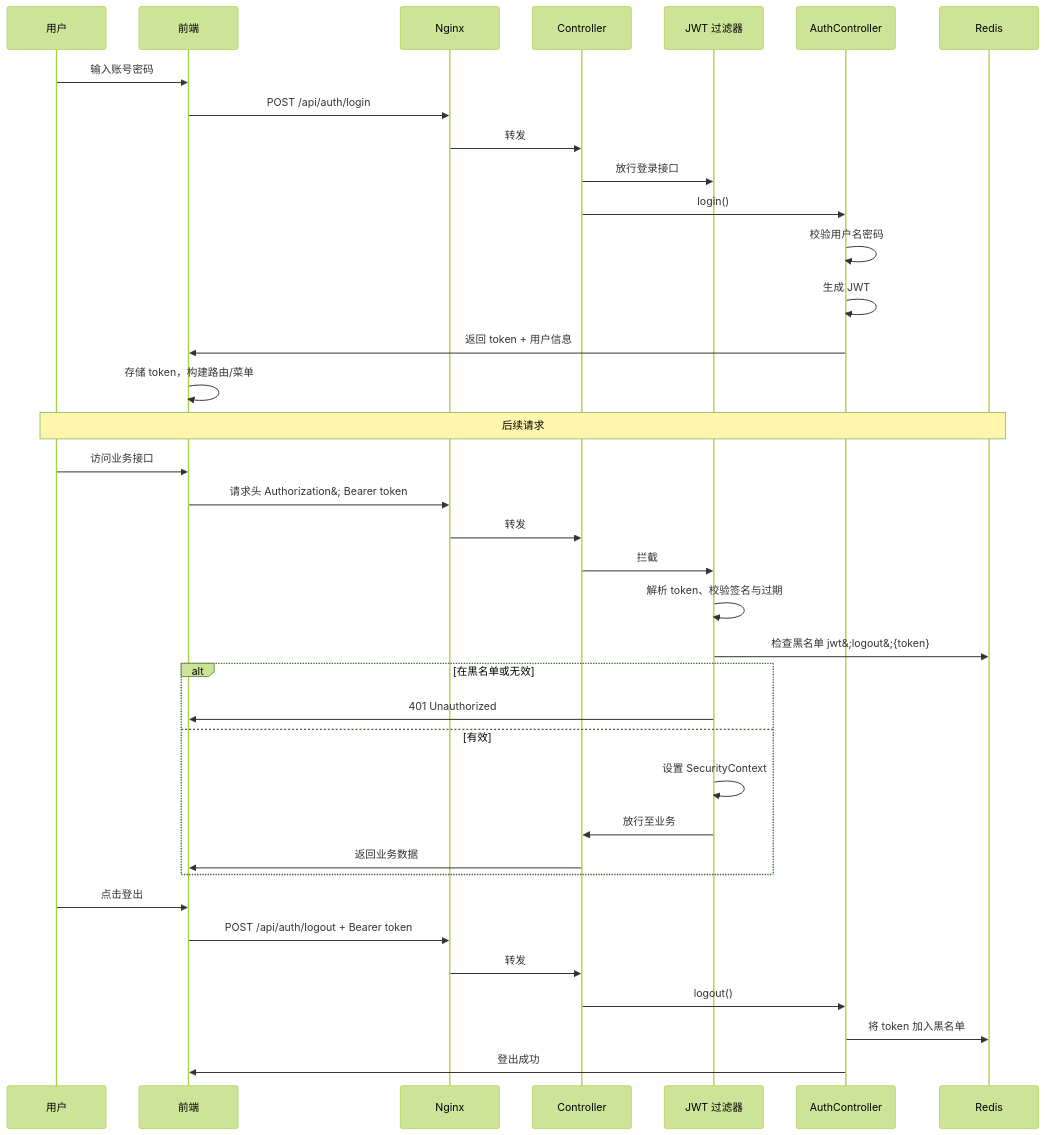
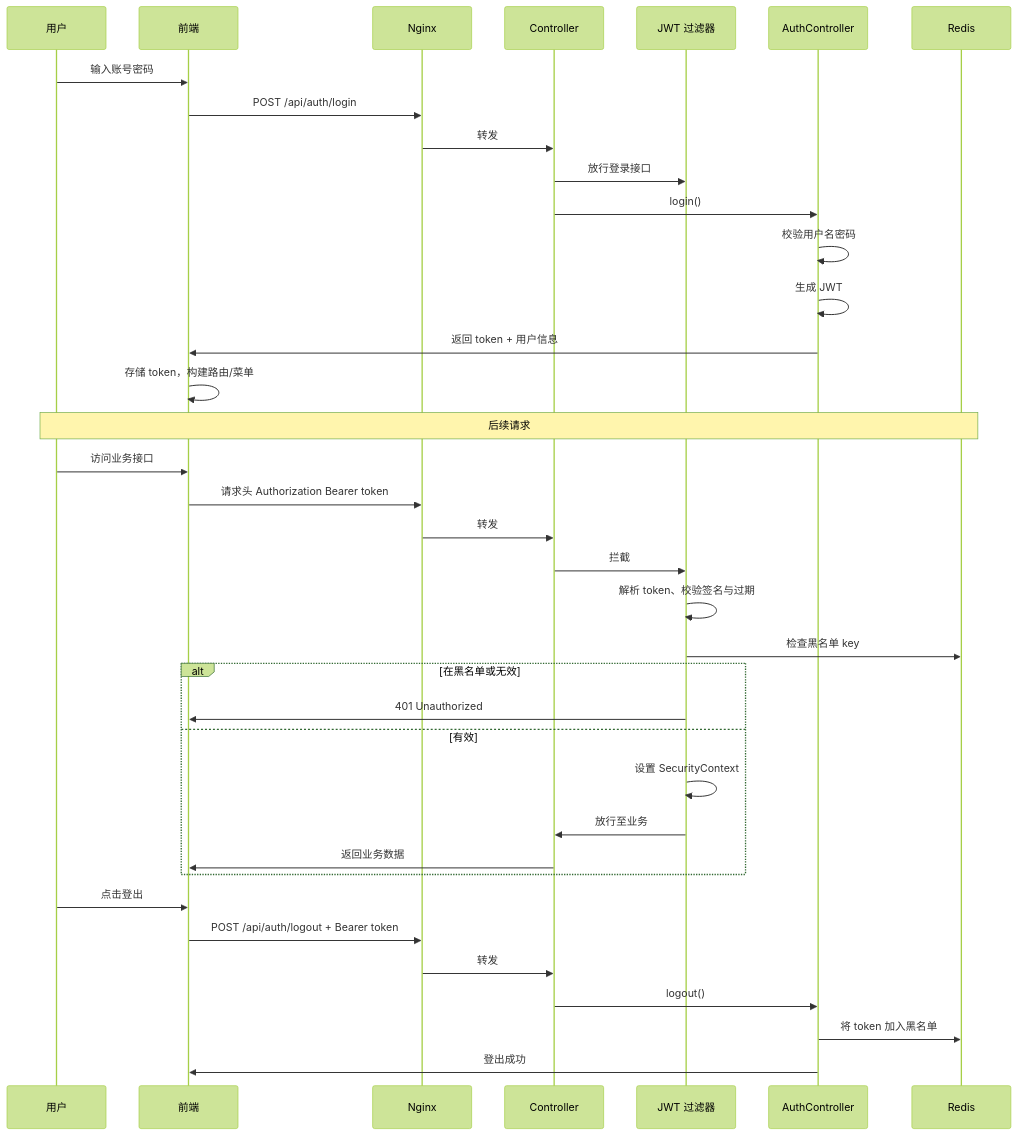
The fourth of 5 diagrams in README.md (xinxin-star1998/star-pivot), drawn with Mermaid (forest theme) before and after one commit. The commit also changed 7 other files, not shown here.

````diff
--- a/README.md
+++ b/README.md
@@ -233,43 +233,43 @@
 ```mermaid
 sequenceDiagram
     participant 用户
     participant 前端
     participant Nginx
     participant Controller
     participant JwtFilter as JWT 过滤器
     participant Auth as AuthController
     participant Redis
 
     用户->>前端: 输入账号密码
     前端->>Nginx: POST /api/auth/login
     Nginx->>Controller: 转发
     Controller->>JwtFilter: 放行登录接口
     Controller->>Auth: login()
     Auth->>Auth: 校验用户名密码
     Auth->>Auth: 生成 JWT
     Auth->>前端: 返回 token + 用户信息
     前端->>前端: 存储 token，构建路由/菜单
 
     Note over 用户,Redis: 后续请求
 
     用户->>前端: 访问业务接口
-    前端->>Nginx: 请求头 Authorization&#59; Bearer token
+    前端->>Nginx: 请求头 Authorization Bearer token
     Nginx->>Controller: 转发
     Controller->>JwtFilter: 拦截
     JwtFilter->>JwtFilter: 解析 token、校验签名与过期
-    JwtFilter->>Redis: 检查黑名单 jwt&#59;logout&#59;{token}
+    JwtFilter->>Redis: 检查黑名单 key
     alt 在黑名单或无效
         JwtFilter->>前端: 401 Unauthorized
     else 有效
         JwtFilter->>JwtFilter: 设置 SecurityContext
         JwtFilter->>Controller: 放行至业务
         Controller->>前端: 返回业务数据
     end
 
     用户->>前端: 点击登出
     前端->>Nginx: POST /api/auth/logout + Bearer token
     Nginx->>Controller: 转发
     Controller->>Auth: logout()
     Auth->>Redis: 将 token 加入黑名单
     Auth->>前端: 登出成功
 ```
````
